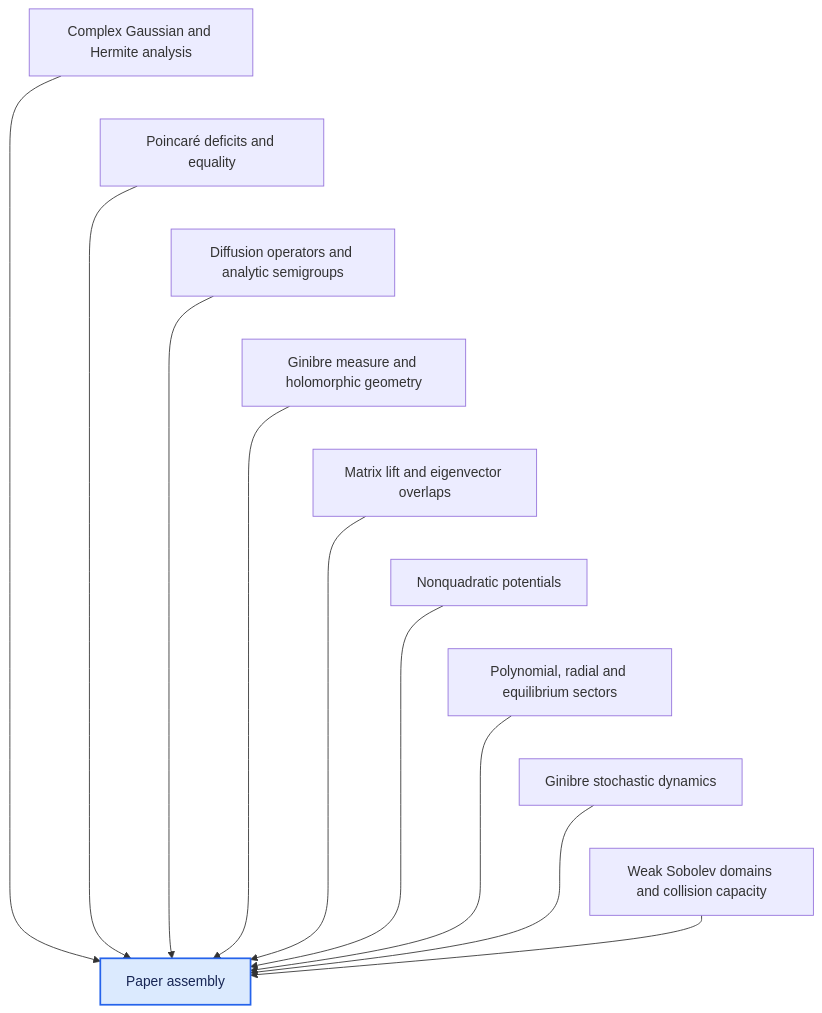
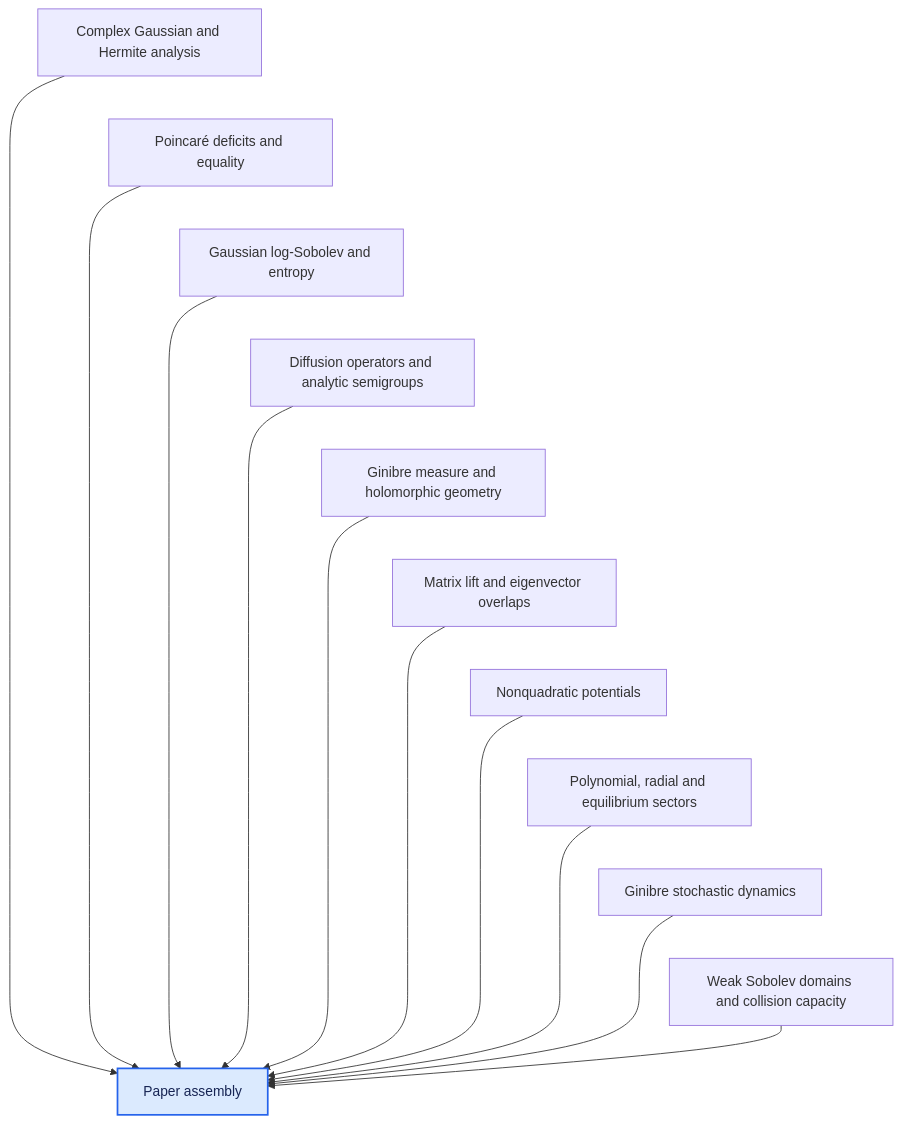
Diagram 12 of 12 in DEPENDENCIES.md (djalilchafai/ginibre-poincare), drawn with Mermaid before and after one commit. The commit also changed other lines of this file and 418 other files, not shown here.

````diff
--- a/DEPENDENCIES.md
+++ b/DEPENDENCIES.md
@@ -336,22 +352,24 @@
 ```mermaid
 flowchart TB
   ComplexGaussianHermite["Complex Gaussian and Hermite analysis"] --> Endgame["Paper assembly"]
   DeficitsEquality["Poincaré deficits and equality"] --> Endgame["Paper assembly"]
+  GaussianLSI["Gaussian log-Sobolev and entropy"] --> Endgame["Paper assembly"]
   GeneratorSemigroup["Diffusion operators and analytic semigroups"] --> Endgame["Paper assembly"]
   GinibreMeasureGeometry["Ginibre measure and holomorphic geometry"] --> Endgame["Paper assembly"]
   MatrixLift["Matrix lift and eigenvector overlaps"] --> Endgame["Paper assembly"]
   NonQuadratic["Nonquadratic potentials"] --> Endgame["Paper assembly"]
   PolynomialRadial["Polynomial, radial and equilibrium sectors"] --> Endgame["Paper assembly"]
   StochasticDynamics["Ginibre stochastic dynamics"] --> Endgame["Paper assembly"]
   WeakSobolev["Weak Sobolev domains and collision capacity"] --> Endgame["Paper assembly"]
   ComplexGaussianHermite ~~~ DeficitsEquality
-  DeficitsEquality ~~~ GeneratorSemigroup
+  DeficitsEquality ~~~ GaussianLSI
+  GaussianLSI ~~~ GeneratorSemigroup
   GeneratorSemigroup ~~~ GinibreMeasureGeometry
   GinibreMeasureGeometry ~~~ MatrixLift
   MatrixLift ~~~ NonQuadratic
   NonQuadratic ~~~ PolynomialRadial
   PolynomialRadial ~~~ StochasticDynamics
   StochasticDynamics ~~~ WeakSobolev
   classDef target fill:#dbeafe,stroke:#2563eb,stroke-width:2px,color:#172554;
   class Endgame target;
 ```
````
